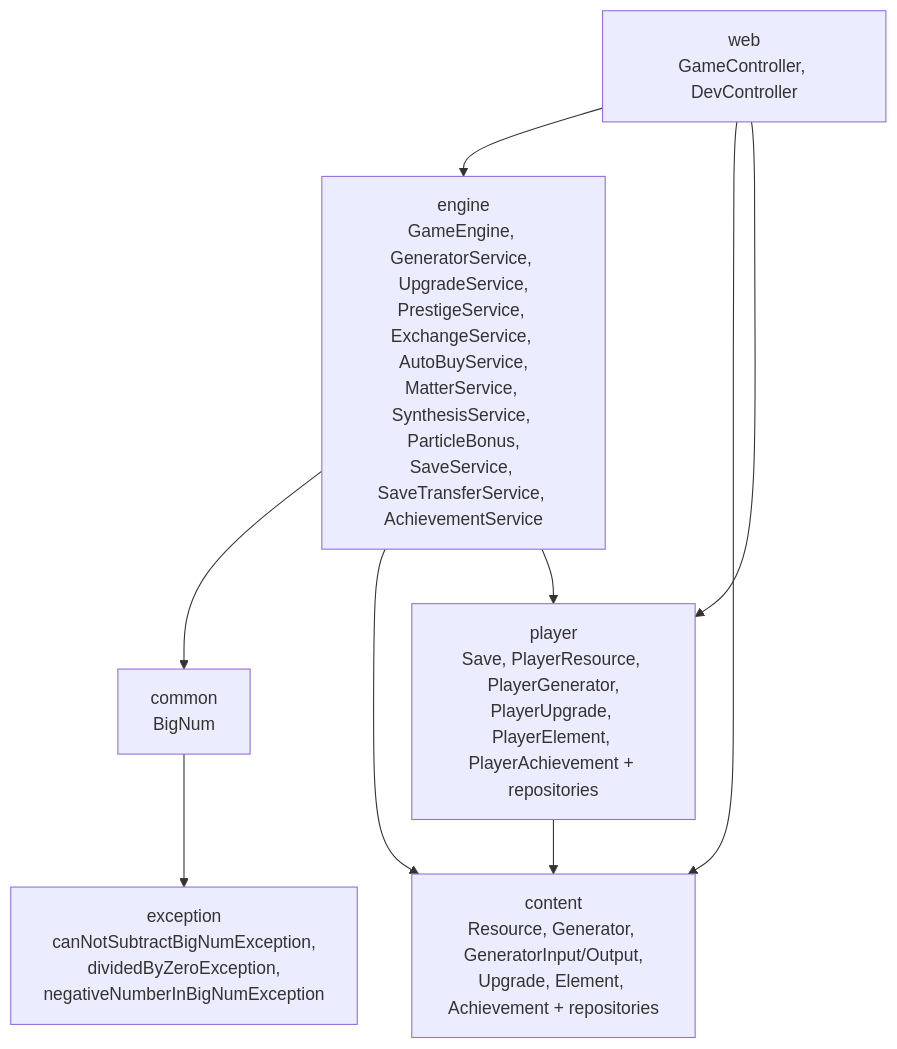
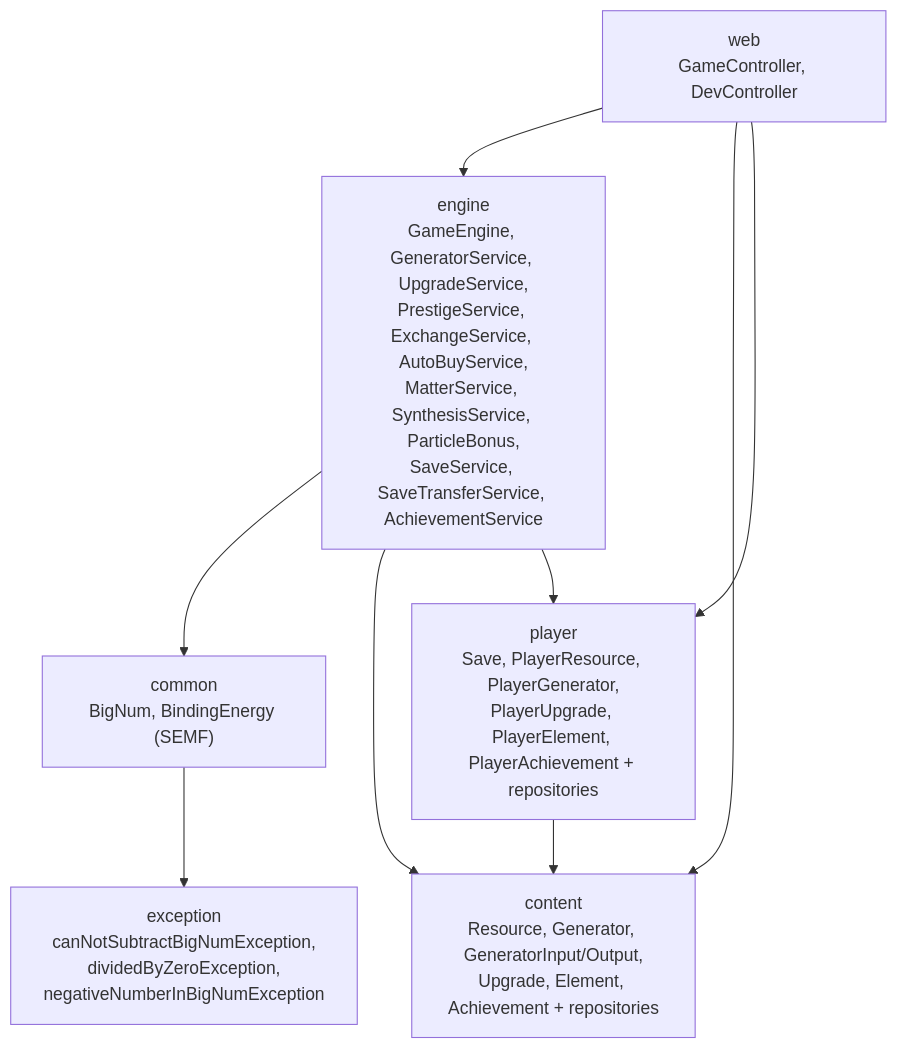
The diagram in CLAUDE.md (Whandthow/Periodic_Idle), drawn with Mermaid before and after one commit. The commit also changed other lines of this file and 9 other files, not shown here.

First line of the commit message:
feat: nuclear binding energy in atom synthesis (SEMF)

````diff
--- a/CLAUDE.md
+++ b/CLAUDE.md
@@ -76,17 +76,17 @@
 ```mermaid
 graph TD
     web["web<br/>GameController, DevController"] --> engine
     web --> content
     web --> player
 
     engine["engine<br/>GameEngine, GeneratorService, UpgradeService,<br/>PrestigeService, ExchangeService, AutoBuyService,<br/>MatterService, SynthesisService, ParticleBonus,<br/>SaveService, SaveTransferService, AchievementService"] --> common
     engine --> content
     engine --> player
 
     player["player<br/>Save, PlayerResource, PlayerGenerator,<br/>PlayerUpgrade, PlayerElement, PlayerAchievement + repositories"] --> content
 
     content["content<br/>Resource, Generator, GeneratorInput/Output,<br/>Upgrade, Element, Achievement + repositories"]
 
-    common["common<br/>BigNum"] --> exception
+    common["common<br/>BigNum, BindingEnergy (SEMF)"] --> exception
     exception["exception<br/>canNotSubtractBigNumException,<br/>dividedByZeroException,<br/>negativeNumberInBigNumException"]
 ```
````
